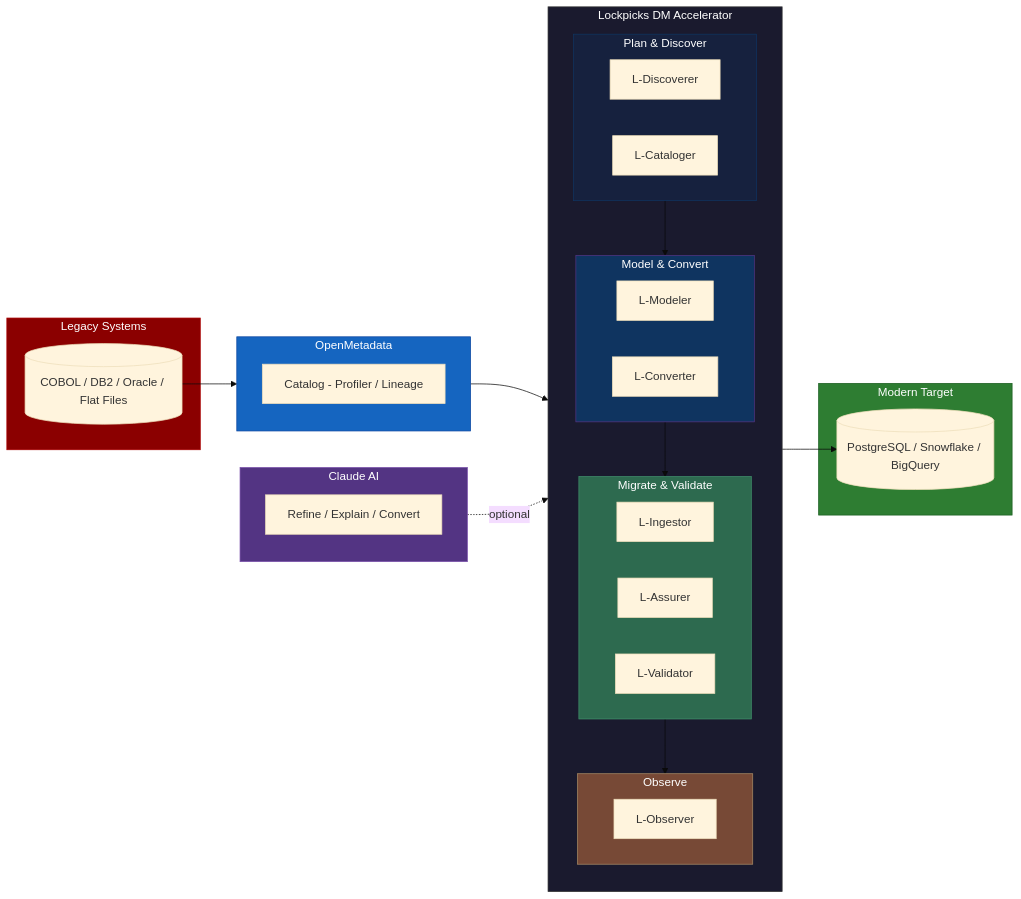
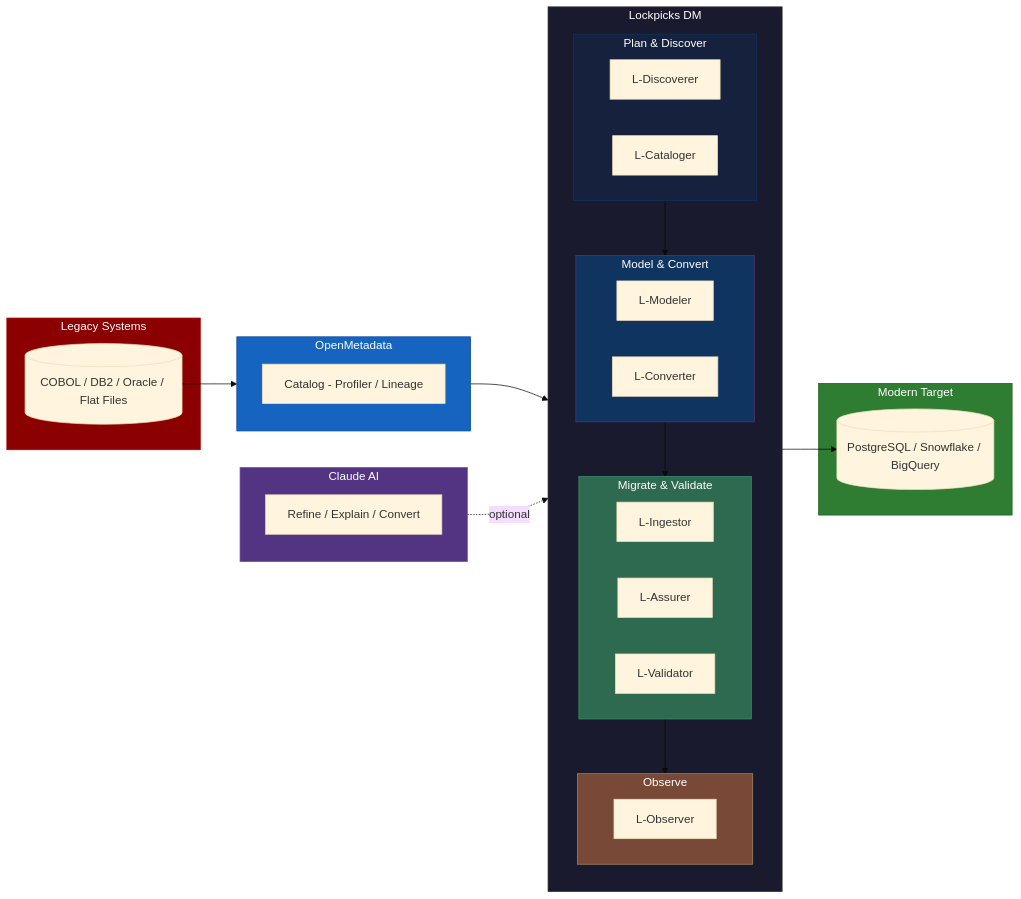
One commit to ayannamuhammad-nava/lockpicks-data-migration changed the second of 2 diagrams in README.md. Above: the diagram before and after it, drawn with Mermaid (base theme). The commit also changed other lines of this file and 13 other files, not shown here.

````diff
--- a/README.md
+++ b/README.md
@@ -50,61 +50,61 @@
 ```mermaid
 graph LR
     subgraph LEGACY ["Legacy Systems"]
         LS[("COBOL / DB2 / Oracle / Flat Files")]
     end
 
     subgraph OM ["OpenMetadata"]
         CAT["Catalog - Profiler / Lineage"]
     end
 
-    subgraph LOCKPICKS ["Lockpicks DM Accelerator"]
+    subgraph LOCKPICKS ["Lockpicks DM"]
         direction TB
 
         subgraph PLAN_DISC ["Plan & Discover"]
             direction LR
             R["L-Discoverer"]
             D["L-Cataloger"]
         end
 
         subgraph MODEL_CONVERT ["Model & Convert"]
             direction LR
             N["L-Modeler"]
             CV["L-Converter"]
         end
 
         subgraph EXECUTE ["Migrate & Validate"]
             direction LR
             ING["L-Ingestor"]
             PRE["L-Assurer"]
             POST["L-Validator"]
         end
 
         subgraph MONITOR ["Observe"]
             OBS["L-Observer"]
         end
 
         PLAN_DISC --> MODEL_CONVERT --> EXECUTE --> MONITOR
     end
 
     subgraph AI ["Claude AI"]
         CL["Refine / Explain / Convert"]
     end
 
     subgraph MODERN ["Modern Target"]
         MT[("PostgreSQL / Snowflake / BigQuery")]
     end
 
     LS --> OM --> LOCKPICKS
     AI -.->|optional| LOCKPICKS
     LOCKPICKS --> MT
 
     style LEGACY fill:#8b0000,stroke:#a00,color:#fff
     style OM fill:#1565c0,stroke:#0d47a1,color:#fff
     style LOCKPICKS fill:#1a1a2e,stroke:#333,color:#fff
     style PLAN_DISC fill:#16213e,stroke:#0f3460,color:#fff
     style MODEL_CONVERT fill:#0f3460,stroke:#533483,color:#fff
     style EXECUTE fill:#2d6a4f,stroke:#40916c,color:#fff
     style MONITOR fill:#774936,stroke:#a68a64,color:#fff
     style AI fill:#533483,stroke:#7b52ab,color:#fff
     style MODERN fill:#2e7d32,stroke:#1b5e20,color:#fff
 ```
````
